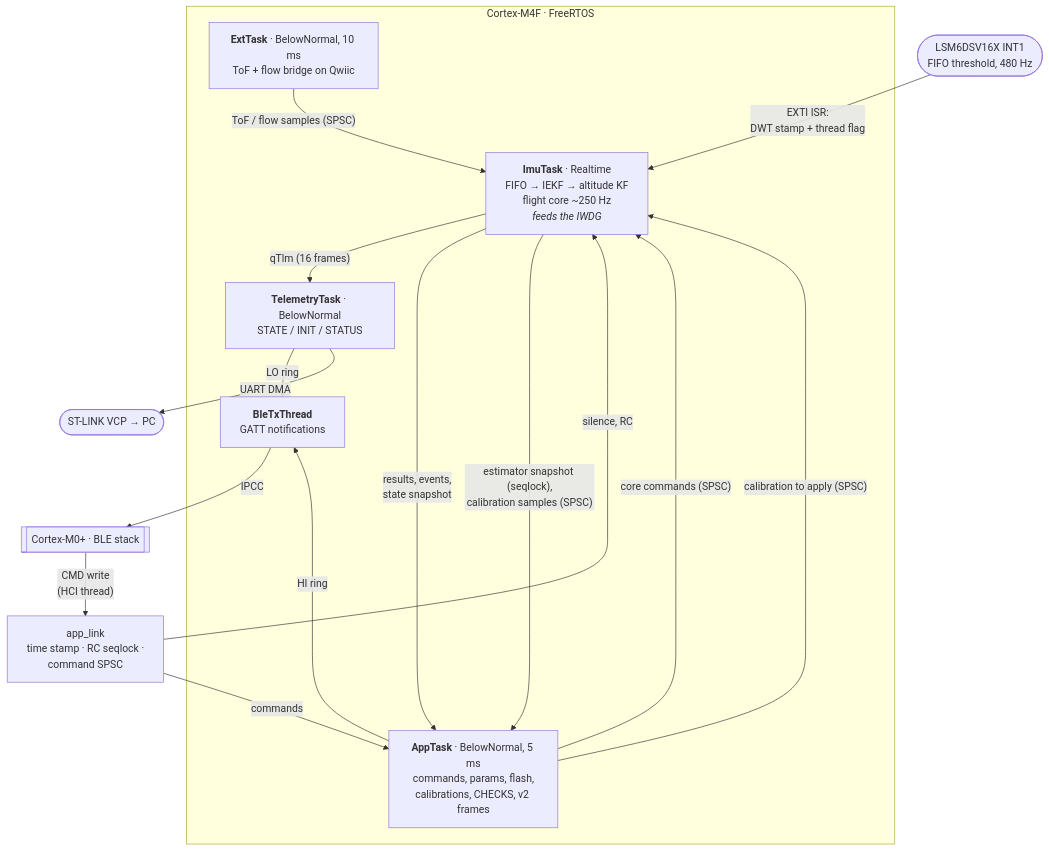
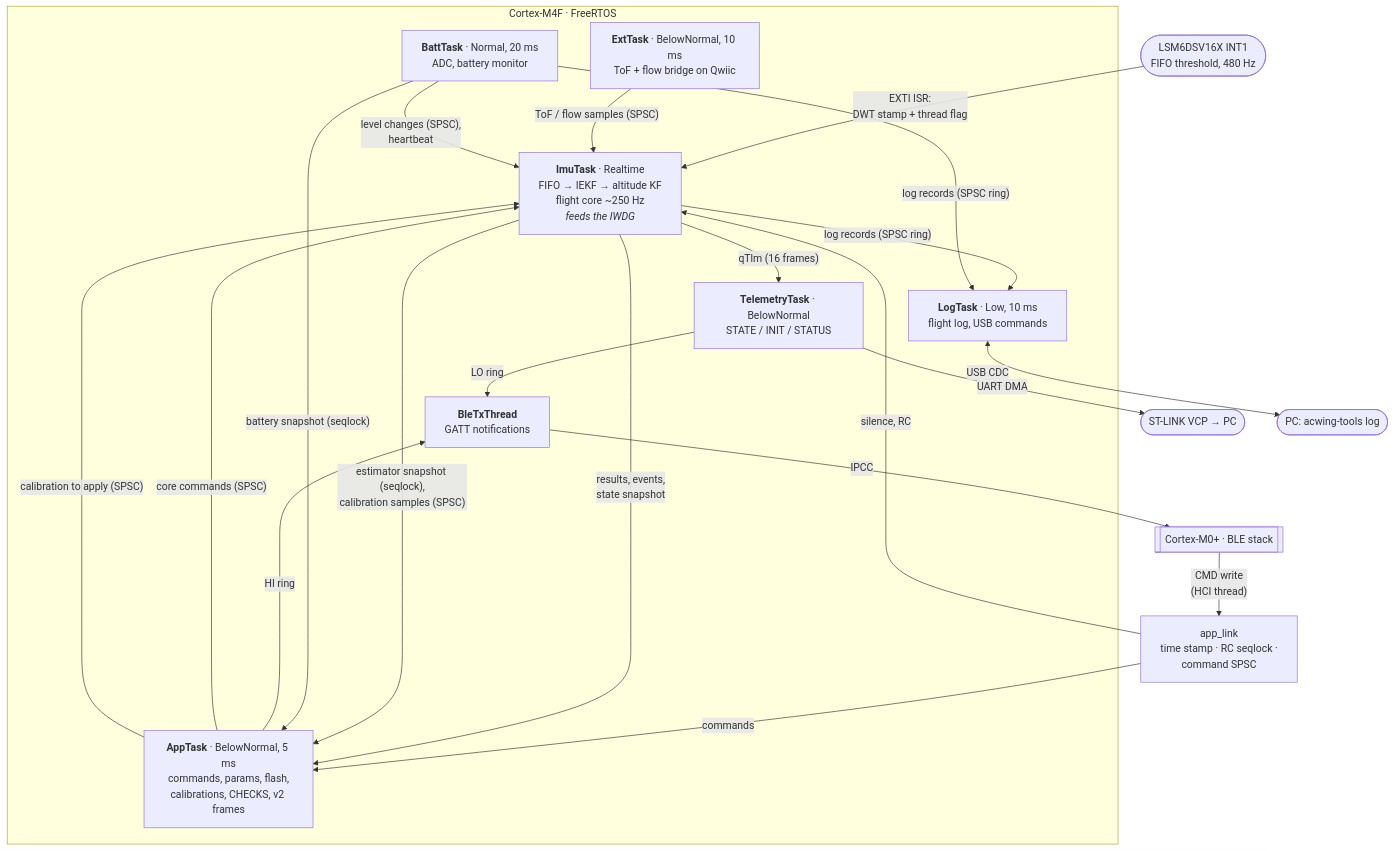
The first of 3 diagrams in 03 - Docs/firmware/architecture.md (ACwing-UAV/ACwing_FW), drawn with Mermaid before and after one commit. The commit also changed other lines of this file and 15 other files, not shown here.

First line of the commit message:
Docs: battery and failsafes, flight log and USB, ADR 0007/0008

````diff
--- a/03 - Docs/firmware/architecture.md
+++ b/03 - Docs/firmware/architecture.md
@@ -12,27 +12,34 @@
 ```mermaid
 flowchart TB
   INT1(["LSM6DSV16X INT1<br/>FIFO threshold, 480 Hz"]) -- "EXTI ISR:<br/>DWT stamp + thread flag" --> IMU
 
   subgraph CPU1["Cortex-M4F · FreeRTOS"]
     IMU["<b>ImuTask</b> · Realtime<br/>FIFO → IEKF → altitude KF<br/>flight core ~250 Hz<br/><i>feeds the IWDG</i>"]
     TLM["<b>TelemetryTask</b> · BelowNormal<br/>STATE / INIT / STATUS"]
     APPT["<b>AppTask</b> · BelowNormal, 5 ms<br/>commands, params, flash,<br/>calibrations, CHECKS, v2 frames"]
     EXT["<b>ExtTask</b> · BelowNormal, 10 ms<br/>ToF + flow bridge on Qwiic"]
+    BAT["<b>BattTask</b> · Normal, 20 ms<br/>ADC, battery monitor"]
+    LOG["<b>LogTask</b> · Low, 10 ms<br/>flight log, USB commands"]
     BLETX["<b>BleTxThread</b><br/>GATT notifications"]
   end
   CPU2[["Cortex-M0+ · BLE stack"]]
 
   IMU -- "qTlm (16 frames)" --> TLM
   TLM -- "LO ring" --> BLETX
   TLM -- "UART DMA" --> VCP(["ST-LINK VCP → PC"])
   APPT -- "HI ring" --> BLETX
   BLETX -- IPCC --> CPU2
   CPU2 -- "CMD write<br/>(HCI thread)" --> LINK["app_link<br/>time stamp · RC seqlock ·<br/>command SPSC"]
   LINK -- "silence, RC" --> IMU
   LINK -- commands --> APPT
   APPT -- "core commands (SPSC)" --> IMU
   IMU -- "results, events,<br/>state snapshot" --> APPT
   IMU -- "estimator snapshot (seqlock),<br/>calibration samples (SPSC)" --> APPT
   APPT -- "calibration to apply (SPSC)" --> IMU
   EXT -- "ToF / flow samples (SPSC)" --> IMU
+  BAT -- "level changes (SPSC),<br/>heartbeat" --> IMU
+  BAT -- "battery snapshot (seqlock)" --> APPT
+  IMU -- "log records (SPSC ring)" --> LOG
+  BAT -- "log records (SPSC ring)" --> LOG
+  LOG <-- "USB CDC" --> USB(["PC: acwing-tools log"])
 ```
````
